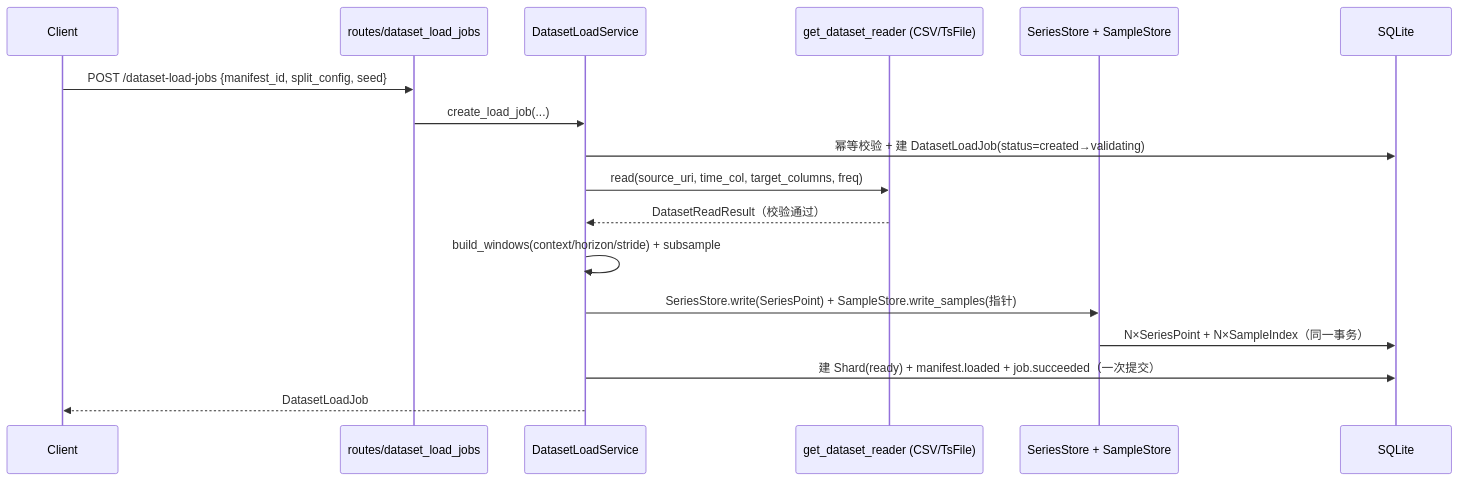
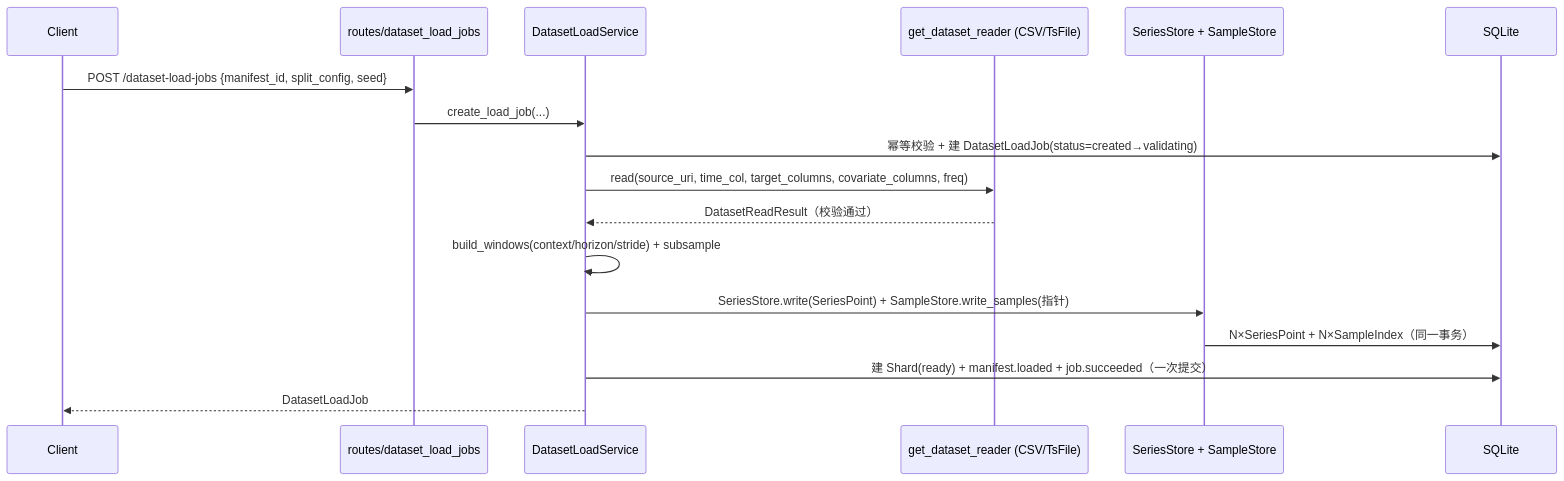
The second of 7 diagrams in docs/developer/key-flows.md (thulab/CaFE), drawn with Mermaid before and after one commit. The commit also changed other lines of this file and 40 other files, not shown here.

````diff
--- a/docs/developer/key-flows.md
+++ b/docs/developer/key-flows.md
@@ -129,20 +129,20 @@
 ```mermaid
 sequenceDiagram
     participant C as Client
     participant R as routes/dataset_load_jobs
     participant DLS as DatasetLoadService
     participant RD as get_dataset_reader (CSV/TsFile)
     participant SS as SeriesStore + SampleStore
     participant DB as SQLite
 
     C->>R: POST /dataset-load-jobs {manifest_id, split_config, seed}
     R->>DLS: create_load_job(...)
     DLS->>DB: 幂等校验 + 建 DatasetLoadJob(status=created→validating)
-    DLS->>RD: read(source_uri, time_col, target_columns, freq)
+    DLS->>RD: read(source_uri, time_col, target_columns, covariate_columns, freq)
     RD-->>DLS: DatasetReadResult（校验通过）
     DLS->>DLS: build_windows(context/horizon/stride) + subsample
     DLS->>SS: SeriesStore.write(SeriesPoint) + SampleStore.write_samples(指针)
     SS->>DB: N×SeriesPoint + N×SampleIndex（同一事务）
     DLS->>DB: 建 Shard(ready) + manifest.loaded + job.succeeded（一次提交）
     DLS-->>C: DatasetLoadJob
 ```
````
